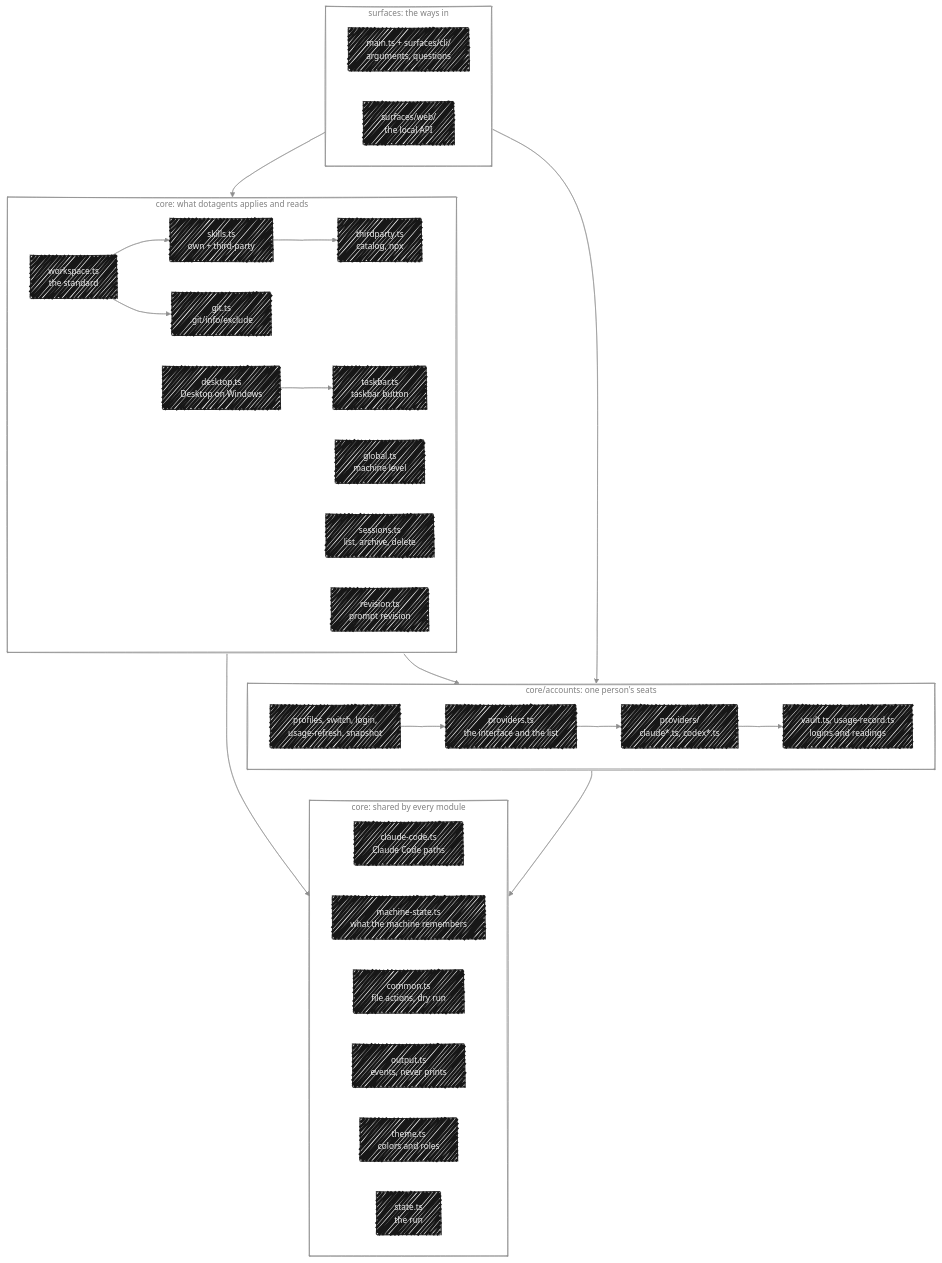
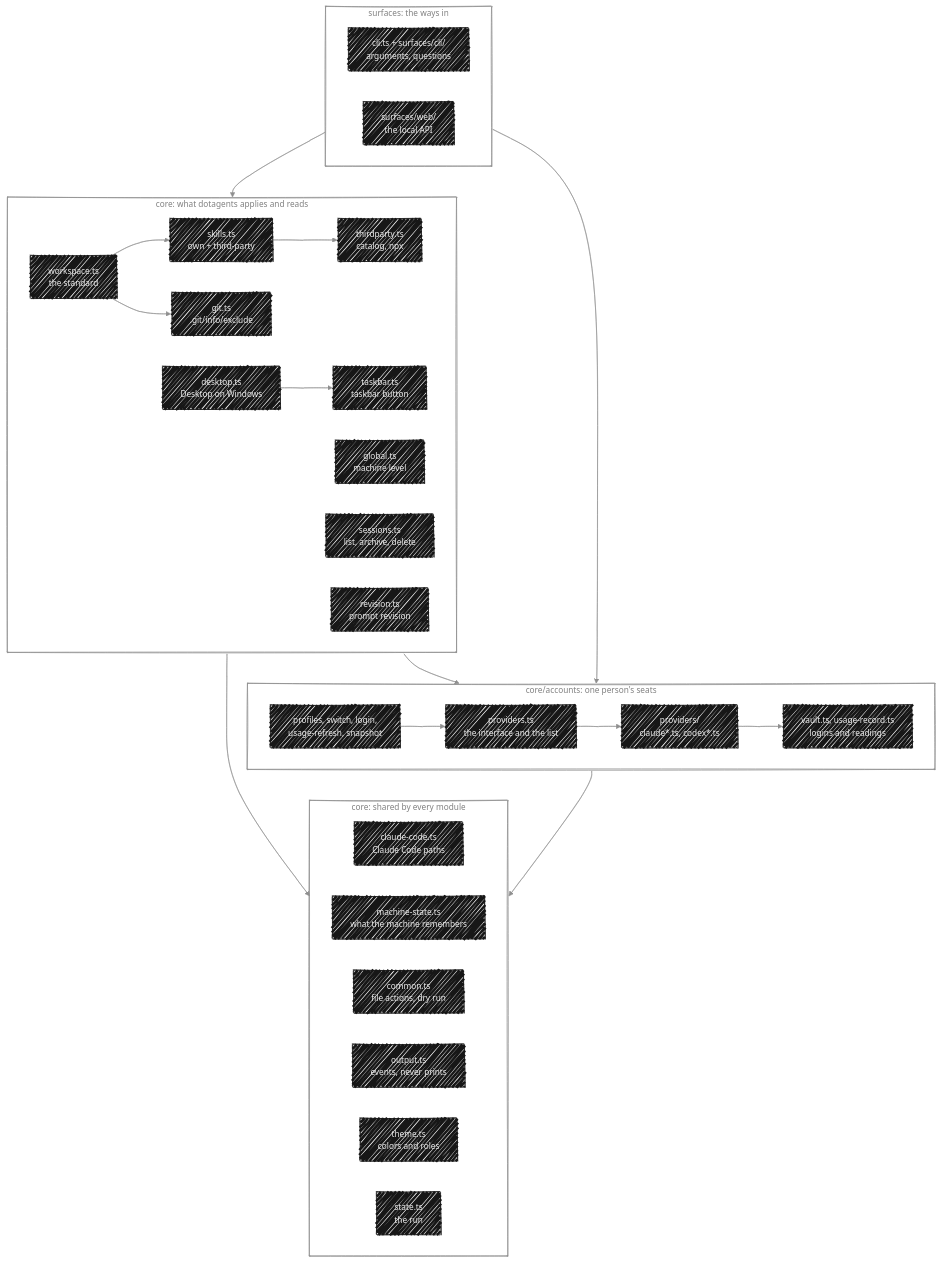
The diagram in docs/architecture.md (dotagents-org/dotagents-core), drawn with Mermaid before and after one commit. The commit also changed other lines of this file and 10 other files, not shown here.

Commit message:
🔥 refactor(cli): drop the automatic compile cache and fold main.ts back into cli.ts

````diff
--- a/docs/architecture.md
+++ b/docs/architecture.md
@@ -40,38 +39,38 @@
 ```mermaid
 %%{init: {"look": "handDrawn", "handDrawnSeed": 3, "theme": "base", "themeVariables": {"fontFamily": "Geist Mono, ui-monospace, SFMono-Regular, Menlo, Consolas, monospace", "fontSize": "14px", "primaryColor": "#171717", "primaryTextColor": "#ededed", "primaryBorderColor": "#171717", "lineColor": "#8f8f8f", "textColor": "#171717", "edgeLabelBackground": "#ededed", "clusterBkg": "transparent", "clusterBorder": "#8f8f8f", "titleColor": "#808080"}}}%%
 flowchart TB
     subgraph surfaces["surfaces: the ways in"]
         direction LR
-        cli["main.ts + surfaces/cli/<br/>arguments, questions"]
+        cli["cli.ts + surfaces/cli/<br/>arguments, questions"]
         web["surfaces/web/<br/>the local API"]
     end
 
     subgraph features["core: what dotagents applies and reads"]
         direction LR
         workspace["workspace.ts<br/>the standard"] --> skills["skills.ts<br/>own + third-party"] --> thirdparty["thirdparty.ts<br/>catalog, npx"]
         workspace --> git["git.ts<br/>.git/info/exclude"]
         global["global.ts<br/>machine level"]
         desktop["desktop.ts<br/>Desktop on Windows"] --> taskbar["taskbar.ts<br/>taskbar button"]
         sessions["sessions.ts<br/>list, archive, delete"]
         revision["revision.ts<br/>prompt revision"]
     end
 
     subgraph accounts["core/accounts: one person's seats"]
         direction LR
         coordination["profiles, switch, login,<br/>usage-refresh, snapshot"] --> providers["providers.ts<br/>the interface and the list"] --> adapters["providers/<br/>claude*.ts, codex*.ts"] --> storage["vault.ts, usage-record.ts<br/>logins and readings"]
     end
 
     subgraph shared["core: shared by every module"]
         direction LR
         paths["claude-code.ts<br/>Claude Code paths"]
         memory["machine-state.ts<br/>what the machine remembers"]
         common["common.ts<br/>file actions, dry run"]
         output["output.ts<br/>events, never prints"]
         theme["theme.ts<br/>colors and roles"]
         run["state.ts<br/>the run"]
     end
 
     surfaces --> features --> shared
     surfaces --> accounts --> shared
     features --> accounts
 ```
````
